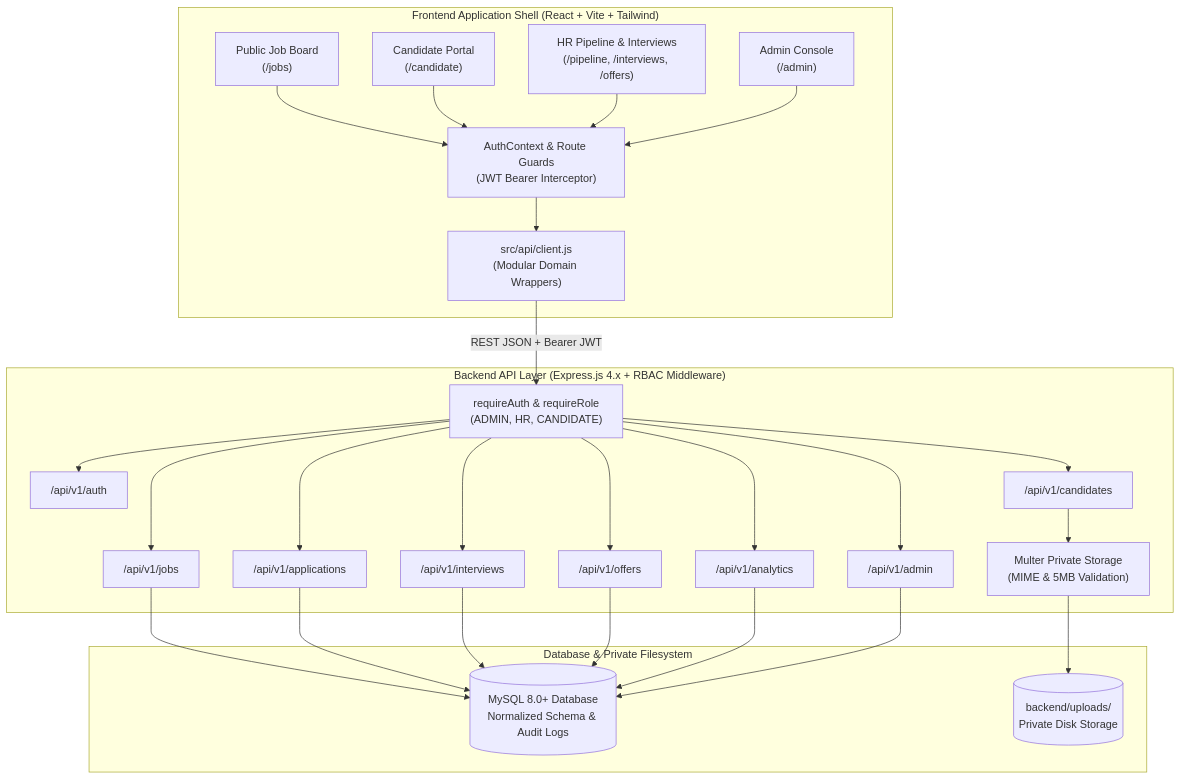
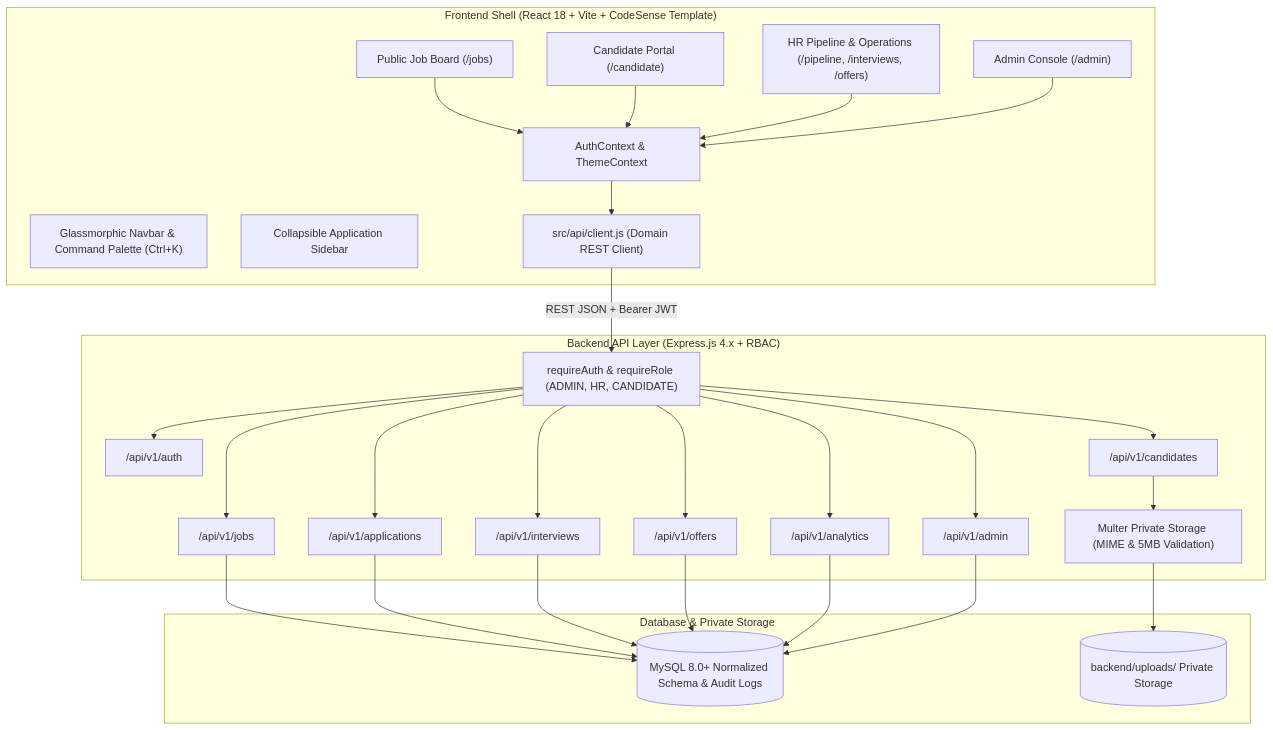
The diagram in README.md (NalamothuLokesh/smart-recruitment-ats), drawn with Mermaid before and after one commit. The commit also changed other lines of this file and 13 other files, not shown here.

Commit message:
feat(ui): adapt design system and layout template from CodeSense

````diff
--- a/README.md
+++ b/README.md
@@ -9,55 +79,57 @@
 ```mermaid
 flowchart TD
-    subgraph Client ["Frontend Application Shell (React + Vite + Tailwind)"]
-        UI_Guest["Public Job Board\n(/jobs)"]
-        UI_Cand["Candidate Portal\n(/candidate)"]
-        UI_HR["HR Pipeline & Interviews\n(/pipeline, /interviews, /offers)"]
-        UI_Admin["Admin Console\n(/admin)"]
-        AuthCtx["AuthContext & Route Guards\n(JWT Bearer Interceptor)"]
-        ApiClient["src/api/client.js\n(Modular Domain Wrappers)"]
+    subgraph Client ["Frontend Shell (React 18 + Vite + CodeSense Template)"]
+        UI_Nav["Glassmorphic Navbar & Command Palette (Ctrl+K)"]
+        UI_Sidebar["Collapsible Application Sidebar"]
+        UI_Guest["Public Job Board (/jobs)"]
+        UI_Cand["Candidate Portal (/candidate)"]
+        UI_HR["HR Pipeline & Operations (/pipeline, /interviews, /offers)"]
+        UI_Admin["Admin Console (/admin)"]
+        AuthCtx["AuthContext & ThemeContext"]
+        ApiClient["src/api/client.js (Domain REST Client)"]
     end
 
-    subgraph Server ["Backend API Layer (Express.js 4.x + RBAC Middleware)"]
-        MW_Auth["requireAuth & requireRole\n(ADMIN, HR, CANDIDATE)"]
-        MW_Upload["Multer Private Storage\n(MIME & 5MB Validation)"]
+    subgraph Server ["Backend API Layer (Express.js 4.x + RBAC)"]
+        MW_Auth["requireAuth & requireRole (ADMIN, HR, CANDIDATE)"]
+        MW_Upload["Multer Private Storage (MIME & 5MB Validation)"]
         
         API_Auth["/api/v1/auth"]
         API_Admin["/api/v1/admin"]
         API_Jobs["/api/v1/jobs"]
         API_Candidates["/api/v1/candidates"]
         API_Apps["/api/v1/applications"]
         API_Interviews["/api/v1/interviews"]
         API_Offers["/api/v1/offers"]
         API_Analytics["/api/v1/analytics"]
     end
 
-    subgraph Storage ["Database & Private Filesystem"]
-        DB[(MySQL 8.0+ Database\nNormalized Schema & Audit Logs)]
-        UploadsDir[("backend/uploads/\nPrivate Disk Storage")]
+    subgraph Storage ["Database & Private Storage"]
+        DB[(MySQL 8.0+ Normalized Schema & Audit Logs)]
+        UploadsDir[("backend/uploads/ Private Storage")]
     end
 
     UI_Guest --> AuthCtx
     UI_Cand --> AuthCtx
     UI_HR --> AuthCtx
     UI_Admin --> AuthCtx
 
     AuthCtx --> ApiClient
     ApiClient -->|REST JSON + Bearer JWT| MW_Auth
 
     MW_Auth --> API_Auth
     MW_Auth --> API_Admin
     MW_Auth --> API_Jobs
     MW_Auth --> API_Candidates
     MW_Auth --> API_Apps
     MW_Auth --> API_Interviews
     MW_Auth --> API_Offers
     MW_Auth --> API_Analytics
 
     API_Candidates --> MW_Upload --> UploadsDir
     API_Jobs --> DB
     API_Apps --> DB
     API_Interviews --> DB
     API_Offers --> DB
     API_Analytics --> DB
     API_Admin --> DB
 ```
````
